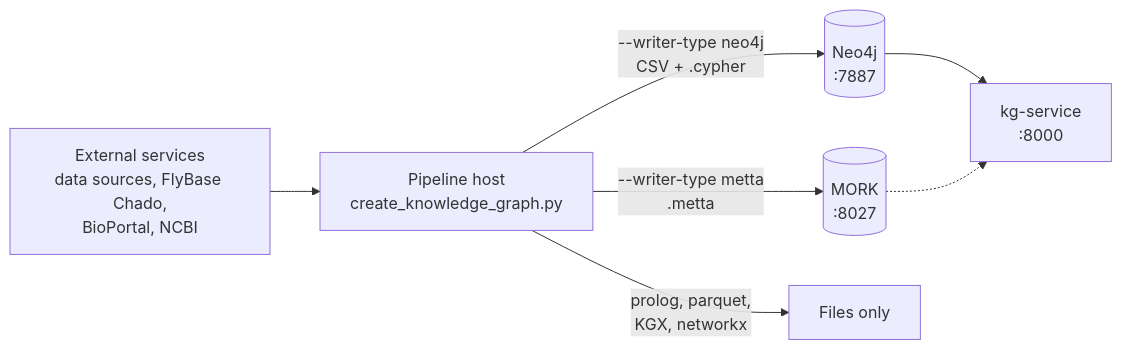
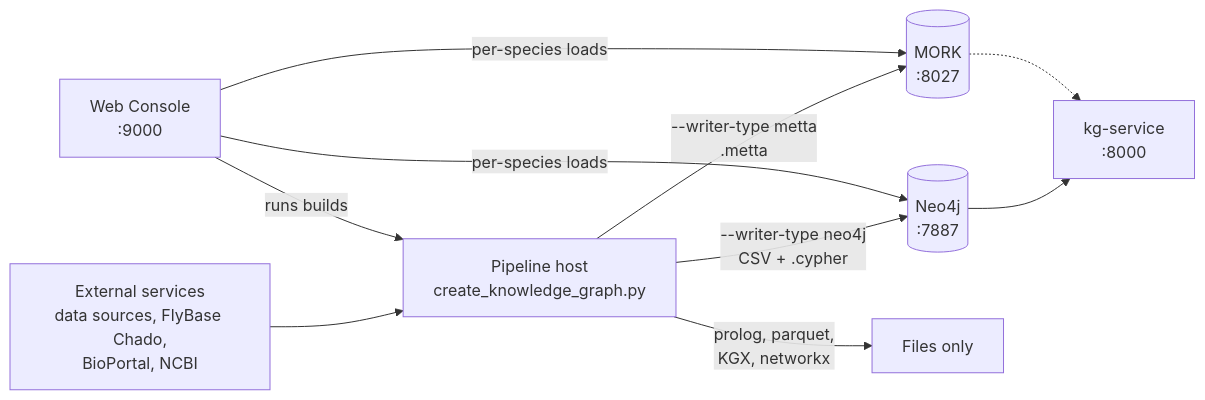
One commit to rejuve-bio/biocypher-kg changed the diagram in docs/operations/deployment.md. Above: the diagram before and after it, drawn with Mermaid. The commit also changed other lines of this file and 4 other files, not shown here.

First line of the commit message:
docs: document the Web Console in the deployment guide

````diff
--- a/docs/operations/deployment.md
+++ b/docs/operations/deployment.md
@@ -23,9 +24,12 @@
 ```mermaid
 flowchart LR
     EXT["External services<br/>data sources, FlyBase Chado,<br/>BioPortal, NCBI"] --> P["Pipeline host<br/>create_knowledge_graph.py"]
     P -- "--writer-type neo4j<br/>CSV + .cypher" --> N[("Neo4j<br/>:7887")]
     P -- "--writer-type metta<br/>.metta" --> M[("MORK<br/>:8027")]
     P -- "prolog, parquet,<br/>KGX, networkx" --> F["Files only"]
     N --> K["kg-service<br/>:8000"]
     M -.-> K
+    C["Web Console<br/>:9000"] -- "runs builds" --> P
+    C -- "per-species loads" --> N
+    C -- "per-species loads" --> M
 ```
````
